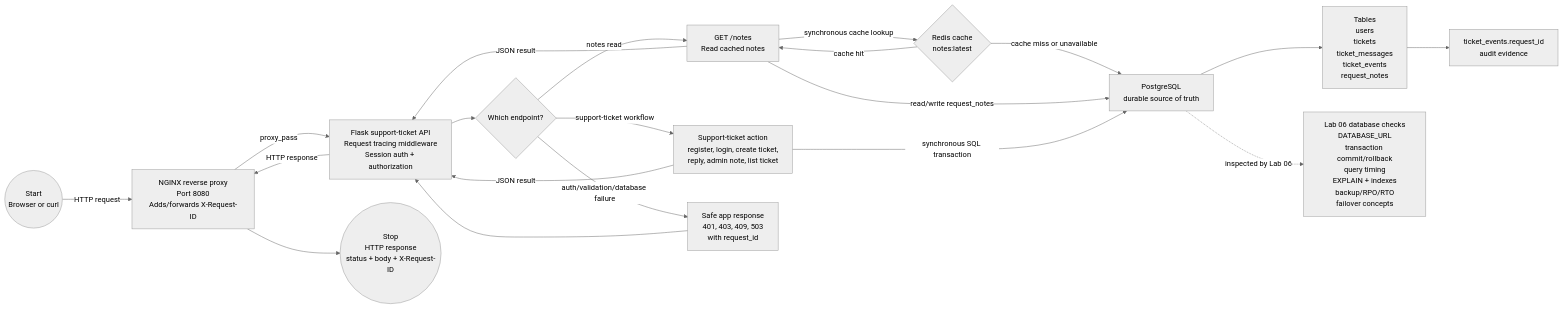
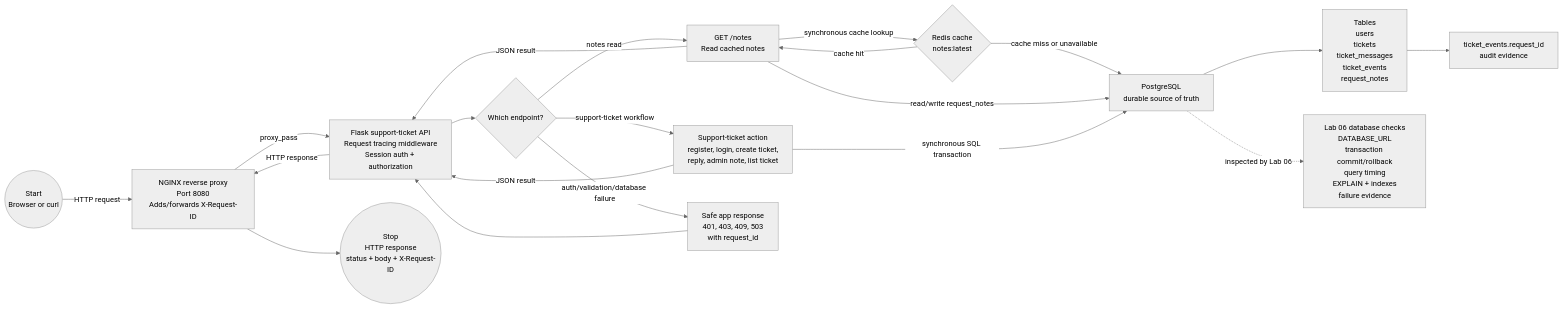
One commit to gettyhongla/request-tracing-lab changed the diagram in phases/phase-02-building-a-production-service/assets/lab-06-current-architecture.md. Above: the diagram before and after it, drawn with Mermaid (neutral theme). The commit also changed other lines of this file and 2 other files, not shown here.

Commit message:
docs: merge database concepts with lab 6 architecture

````diff
--- a/phases/phase-02-building-a-production-service/assets/lab-06-current-architecture.md
+++ b/phases/phase-02-building-a-production-service/assets/lab-06-current-architecture.md
@@ -7,46 +9,46 @@
 ```mermaid
 flowchart LR
     Start(("Start<br/>Browser or curl"))
     NGINX["NGINX reverse proxy<br/>Port 8080<br/>Adds/forwards X-Request-ID"]
     Flask["Flask support-ticket API<br/>Request tracing middleware<br/>Session auth + authorization"]
     Routes{"Which endpoint?"}
 
     Notes["GET /notes<br/>Read cached notes"]
     Tickets["Support-ticket action<br/>register, login, create ticket,<br/>reply, admin note, list ticket"]
     Errors["Safe app response<br/>401, 403, 409, 503<br/>with request_id"]
 
     Redis{"Redis cache<br/>notes:latest"}
     Postgres["PostgreSQL<br/>durable source of truth"]
 
     Tables["Tables<br/>users<br/>tickets<br/>ticket_messages<br/>ticket_events<br/>request_notes"]
     Events["ticket_events.request_id<br/>audit evidence"]
 
-    DbQuestions["Lab 06 database checks<br/>DATABASE_URL<br/>transaction commit/rollback<br/>query timing<br/>EXPLAIN + indexes<br/>backup/RPO/RTO<br/>failover concepts"]
+    DbChecks["Lab 06 database checks<br/>DATABASE_URL<br/>transaction commit/rollback<br/>query timing<br/>EXPLAIN + indexes<br/>failure evidence"]
 
     Response(("Stop<br/>HTTP response<br/>status + body + X-Request-ID"))
 
     Start -->|"HTTP request"| NGINX
     NGINX -->|"proxy_pass"| Flask
     Flask --> Routes
 
     Routes -->|"notes read"| Notes
     Routes -->|"support-ticket workflow"| Tickets
     Routes -->|"auth/validation/database failure"| Errors
 
     Notes -->|"synchronous cache lookup"| Redis
     Redis -->|"cache hit"| Notes
     Redis -->|"cache miss or unavailable"| Postgres
     Notes -->|"read/write request_notes"| Postgres
 
     Tickets -->|"synchronous SQL transaction"| Postgres
     Postgres --> Tables
     Tables --> Events
 
-    Postgres -.->|"inspected by Lab 06"| DbQuestions
+    Postgres -.->|"inspected by Lab 06"| DbChecks
 
     Notes -->|"JSON result"| Flask
     Tickets -->|"JSON result"| Flask
     Errors --> Flask
     Flask -->|"HTTP response"| NGINX
     NGINX --> Response
 ```
````
